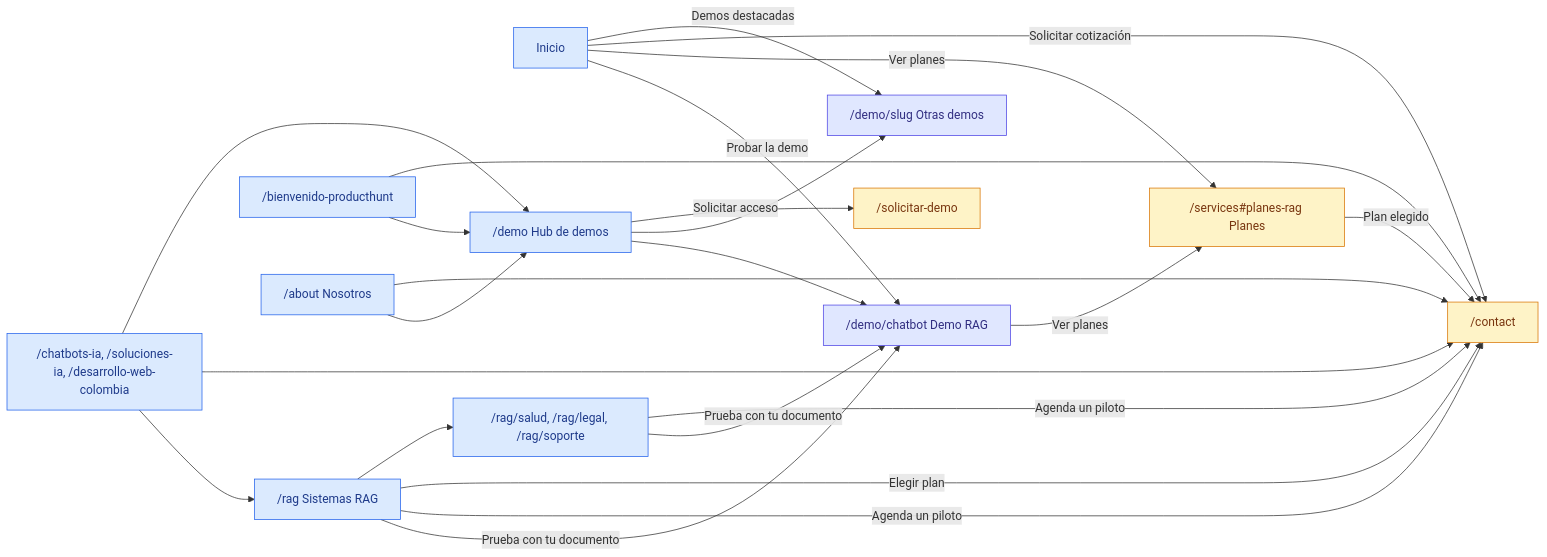
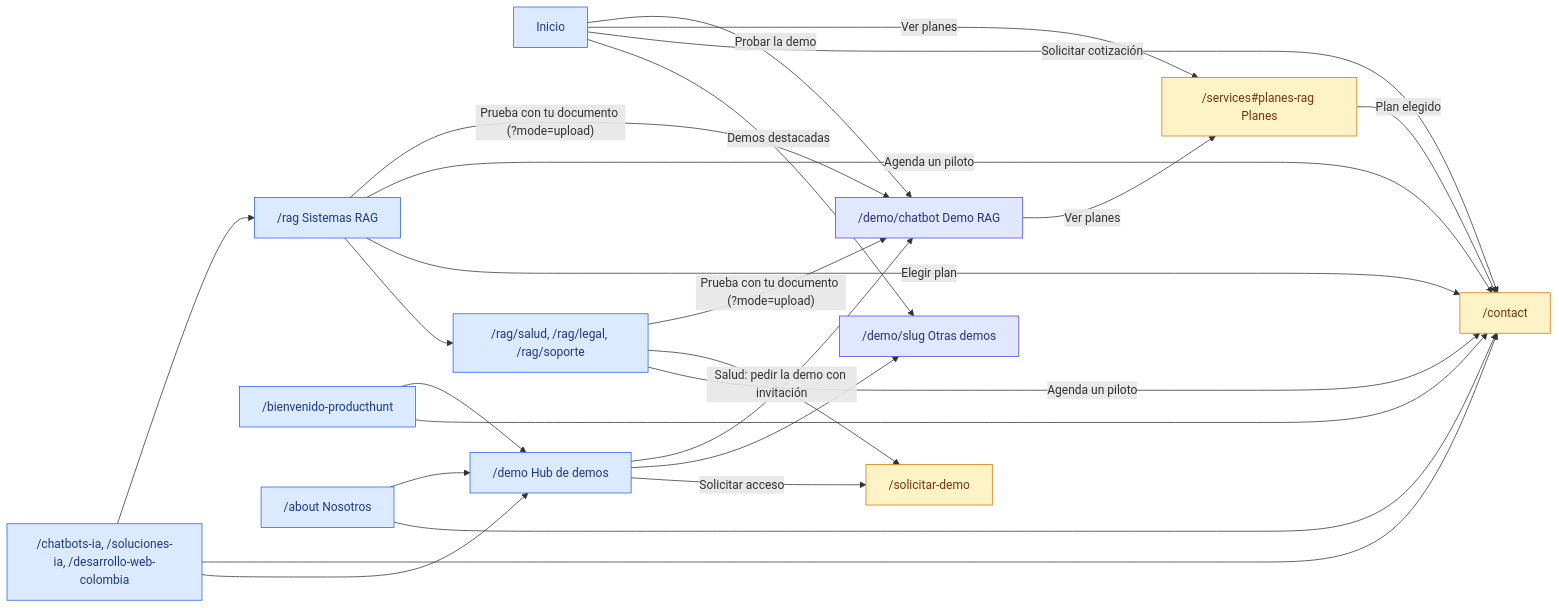
One commit to ronalc90/koptup changed the diagram in docs/wiki/Doc-03-Paginas-Publicas.md. Above: the diagram before and after it, drawn with Mermaid. The commit also changed other lines of this file and 92 other files, not shown here.

````diff
--- a/docs/wiki/Doc-03-Paginas-Publicas.md
+++ b/docs/wiki/Doc-03-Paginas-Publicas.md
@@ -33,43 +33,44 @@
 ```mermaid
 flowchart LR
     classDef pagina fill:#dbeafe,stroke:#2563eb,color:#1e3a8a
     classDef destino fill:#fef3c7,stroke:#d97706,color:#78350f
     classDef demo fill:#e0e7ff,stroke:#4f46e5,color:#312e81
 
     INICIO["Inicio"]:::pagina
     RAG["/rag Sistemas RAG"]:::pagina
     SECT["/rag/salud, /rag/legal, /rag/soporte"]:::pagina
     SEO["/chatbots-ia, /soluciones-ia, /desarrollo-web-colombia"]:::pagina
     PH["/bienvenido-producthunt"]:::pagina
     ABOUT["/about Nosotros"]:::pagina
     HUB["/demo Hub de demos"]:::pagina
 
     CHAT["/demo/chatbot Demo RAG"]:::demo
     DEMOS["/demo/slug Otras demos"]:::demo
     PLANES["/services#planes-rag Planes"]:::destino
     SOL["/solicitar-demo"]:::destino
     CONT["/contact"]:::destino
 
     INICIO -->|"Probar la demo"| CHAT
     INICIO -->|"Ver planes"| PLANES
     INICIO -->|"Solicitar cotización"| CONT
     INICIO -->|"Demos destacadas"| DEMOS
-    RAG -->|"Prueba con tu documento"| CHAT
+    RAG -->|"Prueba con tu documento (?mode=upload)"| CHAT
     RAG -->|"Agenda un piloto"| CONT
     RAG -->|"Elegir plan"| CONT
     RAG --> SECT
-    SECT -->|"Prueba con tu documento"| CHAT
+    SECT -->|"Prueba con tu documento (?mode=upload)"| CHAT
+    SECT -->|"Salud: pedir la demo con invitación"| SOL
     SECT -->|"Agenda un piloto"| CONT
     SEO --> RAG
     SEO --> CONT
     SEO --> HUB
     PH --> HUB
     PH --> CONT
     ABOUT --> HUB
     ABOUT --> CONT
     HUB --> CHAT
     HUB --> DEMOS
     HUB -->|"Solicitar acceso"| SOL
     PLANES -->|"Plan elegido"| CONT
     CHAT -->|"Ver planes"| PLANES
 ```
````
